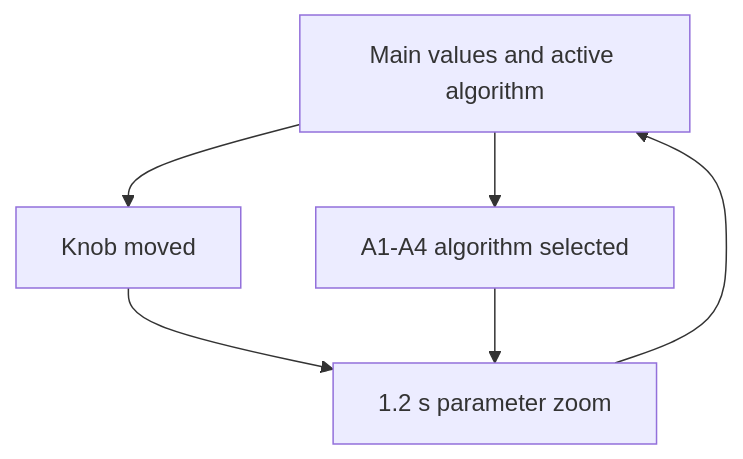
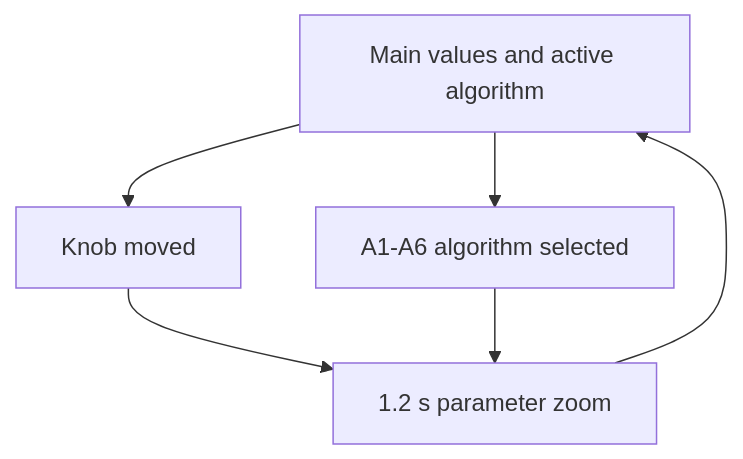
One commit to Denys/DaisyExamples changed the fifth of 5 diagrams in MyProjects/_projects/Field_delay_bundle/CONTROLS.md. Above: the diagram before and after it, drawn with Mermaid. The commit also changed other lines of this file and 97 other files, not shown here.

````diff
--- a/MyProjects/_projects/Field_delay_bundle/CONTROLS.md
+++ b/MyProjects/_projects/Field_delay_bundle/CONTROLS.md
@@ -105,8 +107,8 @@
 ```mermaid
 flowchart TD
     IDLE["Main values and active algorithm"] --> KNOB["Knob moved"]
-    IDLE --> ALG["A1-A4 algorithm selected"]
+    IDLE --> ALG["A1-A6 algorithm selected"]
     KNOB --> ZOOM["1.2 s parameter zoom"]
     ALG --> ZOOM
     ZOOM --> IDLE
 ```
````
